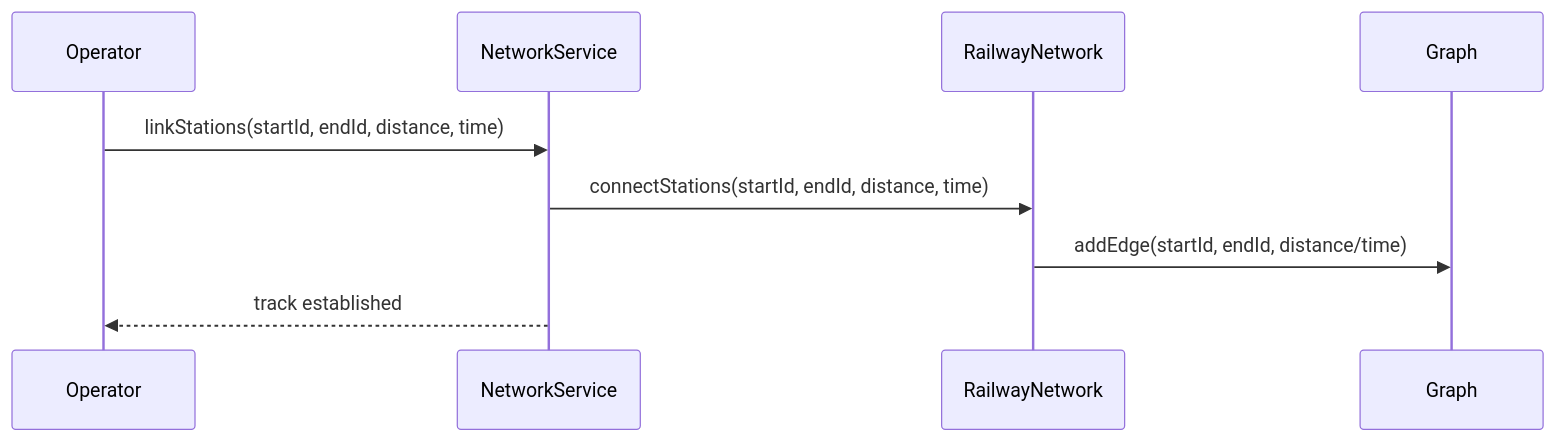
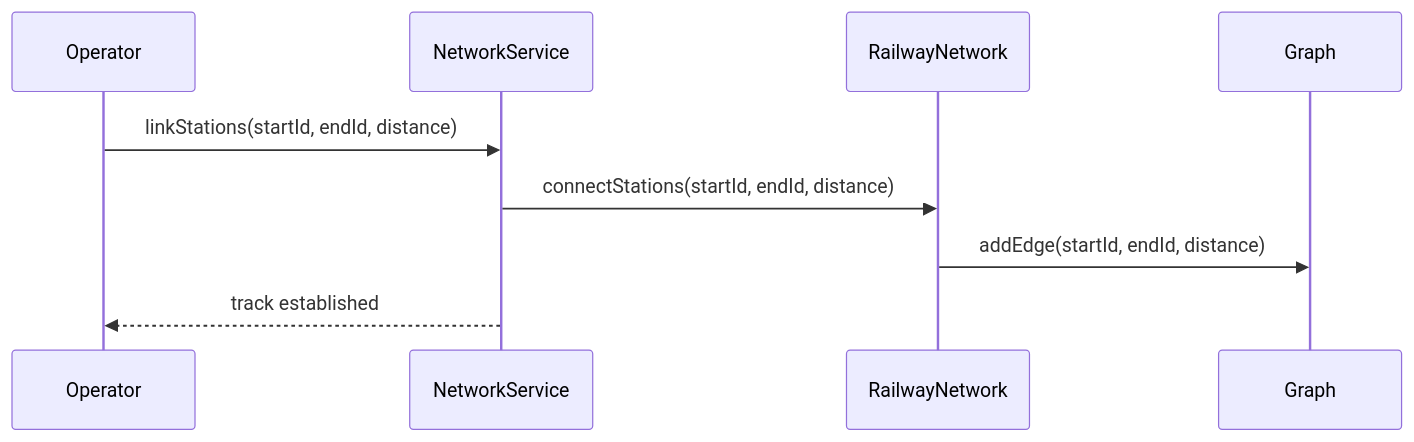
The third of 5 diagrams in Documentation/sequence_diagrams_module3.md (fahad-accordion-23/ds-project-iron-nexus), drawn with Mermaid before and after one commit. The commit also changed other lines of this file and 6 other files, not shown here.

````diff
--- a/Documentation/sequence_diagrams_module3.md
+++ b/Documentation/sequence_diagrams_module3.md
@@ -59,12 +59,12 @@
 ```mermaid
 sequenceDiagram
     participant Operator
     participant NS as NetworkService
     participant RN as RailwayNetwork
     participant G as Graph
 
-    Operator->>NS: linkStations(startId, endId, distance, time)
-    NS->>RN: connectStations(startId, endId, distance, time)
-    RN->>G: addEdge(startId, endId, distance/time)
+    Operator->>NS: linkStations(startId, endId, distance)
+    NS->>RN: connectStations(startId, endId, distance)
+    RN->>G: addEdge(startId, endId, distance)
     NS-->>Operator: track established
 ```
````
